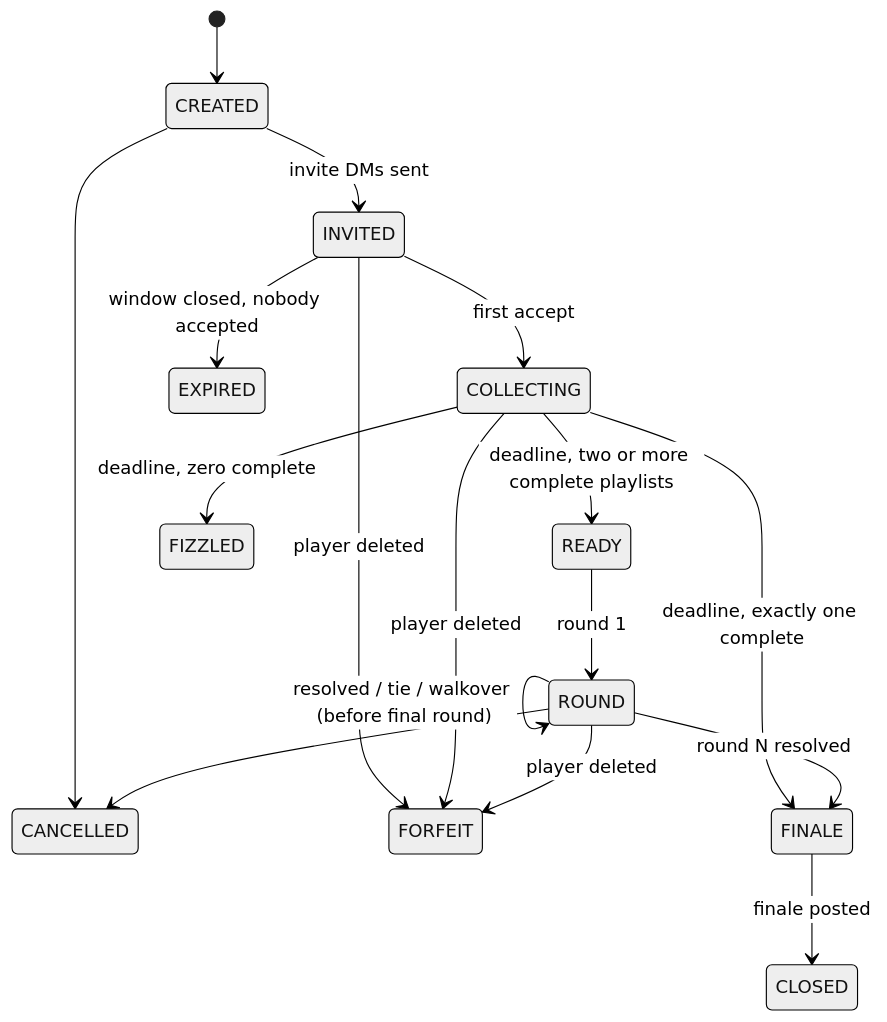
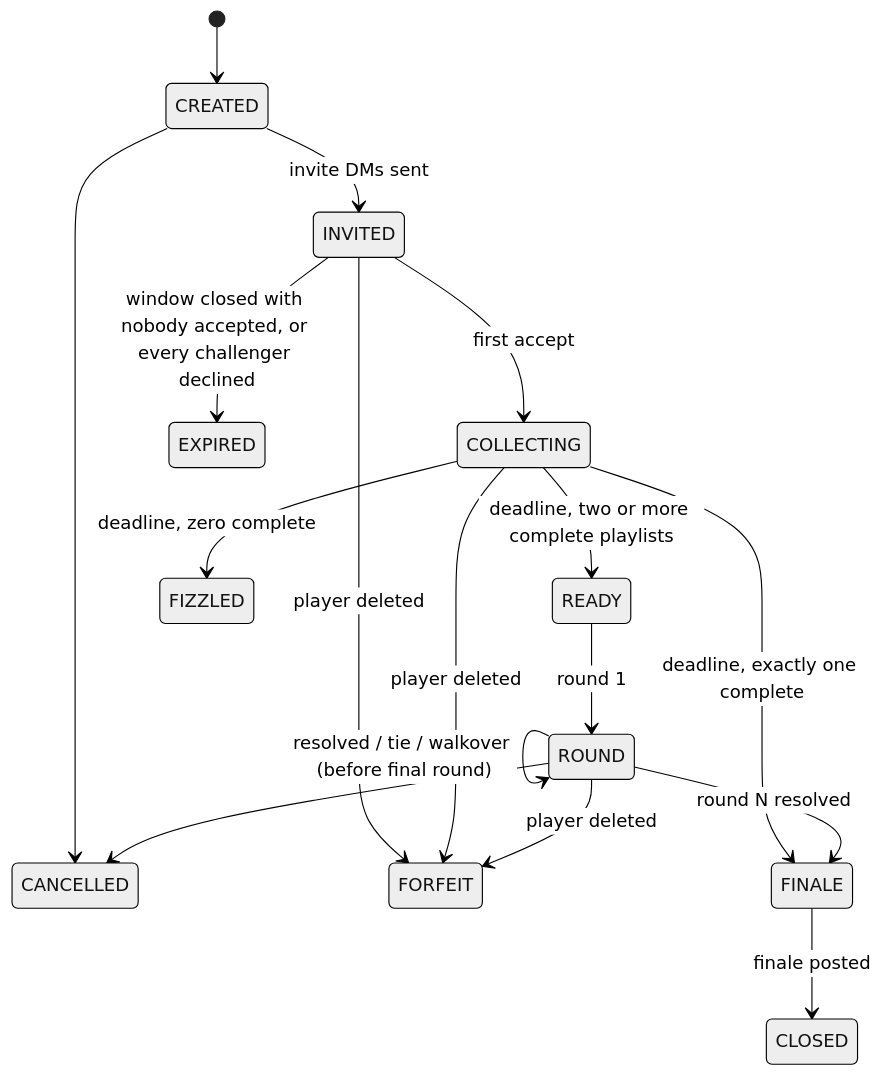
One commit to mauriciobc/playlist-battle-bot2 changed the diagram in RULES.md. Above: the diagram before and after it, drawn with Mermaid (neutral theme). The commit also changed other lines of this file and 50 other files, not shown here.

````diff
--- a/RULES.md
+++ b/RULES.md
@@ -71,19 +76,19 @@
 ```mermaid
 stateDiagram-v2
   [*] --> CREATED
   CREATED --> INVITED: invite DMs sent
   CREATED --> CANCELLED
   INVITED --> COLLECTING: first accept
-  INVITED --> EXPIRED: window closed, nobody accepted
+  INVITED --> EXPIRED: window closed with nobody accepted, or every challenger declined
   COLLECTING --> READY: deadline, two or more complete playlists
   COLLECTING --> FINALE: deadline, exactly one complete
   COLLECTING --> FIZZLED: deadline, zero complete
   READY --> ROUND: round 1
   ROUND --> ROUND: resolved / tie / walkover (before final round)
   ROUND --> FINALE: round N resolved
   FINALE --> CLOSED: finale posted
   INVITED --> FORFEIT: player deleted
   COLLECTING --> FORFEIT: player deleted
   ROUND --> FORFEIT: player deleted
   ROUND --> CANCELLED
 ```
````
